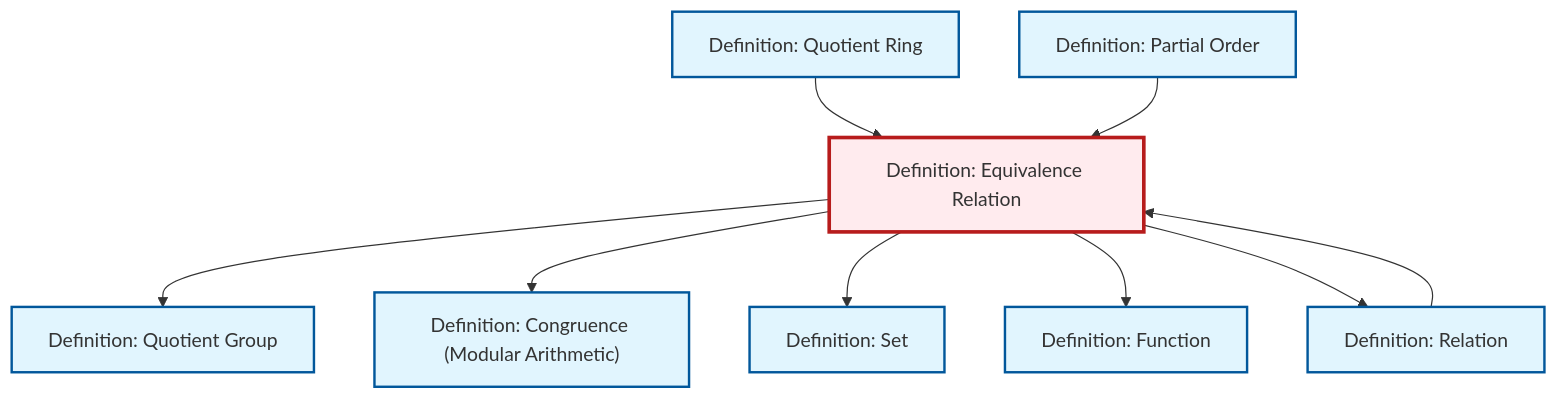
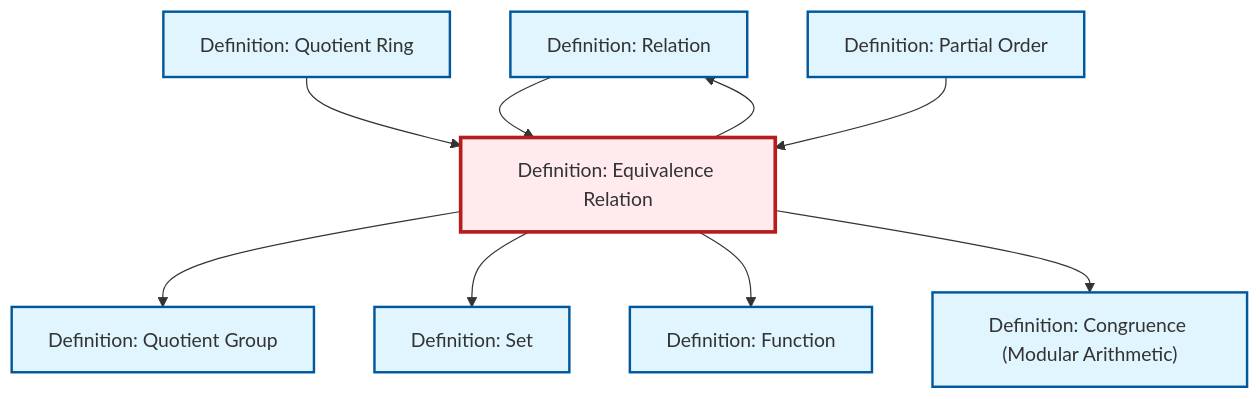
One commit to RK0429/ModernMath changed the diagram in content/en/logic-set-theory/def-equivalence-relation.qmd. Above: the diagram before and after it, drawn with Mermaid. The commit also changed other lines of this file and 619 other files, not shown here.

````diff
--- a/content/en/logic-set-theory/def-equivalence-relation.qmd
+++ b/content/en/logic-set-theory/def-equivalence-relation.qmd
@@ -115,33 +115,33 @@
 ```{mermaid}
 %%| fig-cap: "Local dependency graph"
 graph TD
     classDef definition fill:#e1f5fe,stroke:#01579b,stroke-width:2px
     classDef theorem fill:#f3e5f5,stroke:#4a148c,stroke-width:2px
     classDef axiom fill:#fff3e0,stroke:#e65100,stroke-width:2px
     classDef example fill:#e8f5e9,stroke:#1b5e20,stroke-width:2px
     classDef current fill:#ffebee,stroke:#b71c1c,stroke-width:3px
+    def-relation["Definition: Relation"]:::definition
+    def-congruence["Definition: Congruence (Modular Arithmetic)"]:::definition
+    def-set["Definition: Set"]:::definition
     def-partial-order["Definition: Partial Order"]:::definition
+    def-quotient-group["Definition: Quotient Group"]:::definition
     def-equivalence-relation["Definition: Equivalence Relation"]:::definition
-    def-congruence["Definition: Congruence (Modular Arithmetic)"]:::definition
+    def-quotient-ring["Definition: Quotient Ring"]:::definition
     def-function["Definition: Function"]:::definition
-    def-quotient-ring["Definition: Quotient Ring"]:::definition
-    def-set["Definition: Set"]:::definition
-    def-quotient-group["Definition: Quotient Group"]:::definition
-    def-relation["Definition: Relation"]:::definition
     def-equivalence-relation --> def-quotient-group
+    def-relation --> def-equivalence-relation
+    def-equivalence-relation --> def-relation
+    def-equivalence-relation --> def-set
+    def-equivalence-relation --> def-function
     def-quotient-ring --> def-equivalence-relation
     def-equivalence-relation --> def-congruence
     def-partial-order --> def-equivalence-relation
-    def-equivalence-relation --> def-set
-    def-equivalence-relation --> def-function
-    def-relation --> def-equivalence-relation
-    def-equivalence-relation --> def-relation
     class def-equivalence-relation current
+    click def-relation "def-relation.html" "Go to Relation definition"
+    click def-congruence "def-congruence.html" "Go to Congruence (Modular Arithmetic) definition"
+    click def-set "def-set.html" "Go to Set definition"
     click def-partial-order "def-partial-order.html" "Go to Partial Order definition"
-    click def-congruence "def-congruence.html" "Go to Congruence (Modular Arithmetic) definition"
+    click def-quotient-group "def-quotient-group.html" "Go to Quotient Group definition"
+    click def-quotient-ring "def-quotient-ring.html" "Go to Quotient Ring definition"
     click def-function "def-function.html" "Go to Function definition"
-    click def-quotient-ring "def-quotient-ring.html" "Go to Quotient Ring definition"
-    click def-set "def-set.html" "Go to Set definition"
-    click def-quotient-group "def-quotient-group.html" "Go to Quotient Group definition"
-    click def-relation "def-relation.html" "Go to Relation definition"
 ```
````
